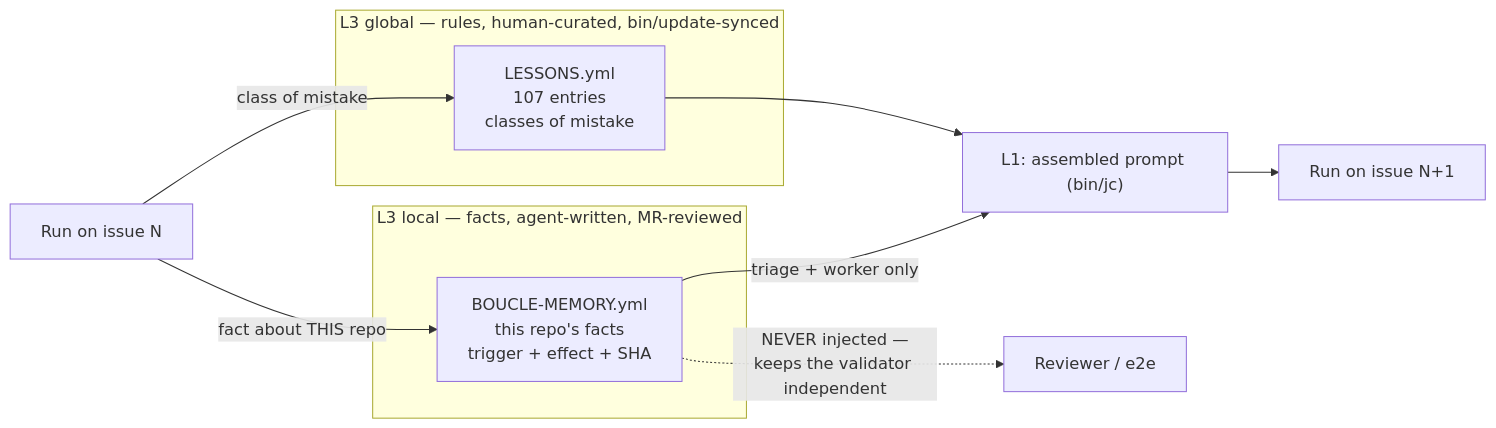
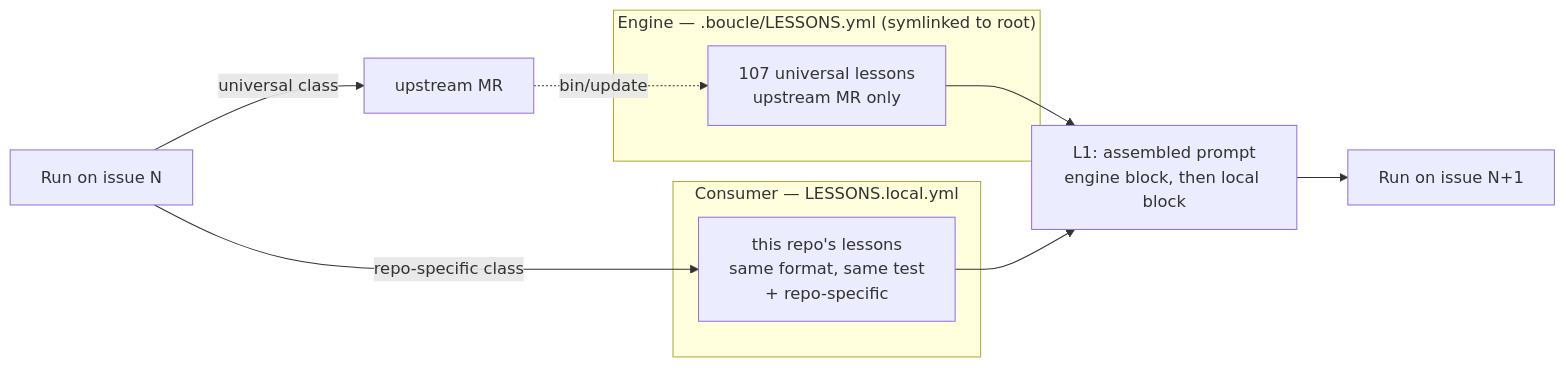
The diagram in docs/prime-agent-study.md (ankaboot-source/boucle), drawn with Mermaid before and after one commit. The commit also changed other lines of this file, not shown here.

First line of the commit message:
docs: replace the facts store with a consumer-scoped LESSONS.local.yml

````diff
--- a/docs/prime-agent-study.md
+++ b/docs/prime-agent-study.md
@@ -221,15 +209,15 @@
 ```mermaid
 flowchart LR
-    subgraph L3G["L3 global — rules, human-curated, bin/update-synced"]
-        L["LESSONS.yml<br/>107 entries<br/>classes of mistake"]
+    subgraph ENG["Engine — .boucle/LESSONS.yml (symlinked to root)"]
+        L["107 universal lessons<br/>upstream MR only"]
     end
-    subgraph L3L["L3 local — facts, agent-written, MR-reviewed"]
-        M["BOUCLE-MEMORY.yml<br/>this repo's facts<br/>trigger + effect + SHA"]
+    subgraph LOC["Consumer — LESSONS.local.yml"]
+        M["this repo's lessons<br/>same format, same test<br/>+ repo-specific"]
     end
-    R["Run on issue N"] -->|"class of mistake"| L
-    R -->|"fact about THIS repo"| M
-    L --> P["L1: assembled prompt (bin/jc)"]
-    M -->|"triage + worker only"| P
-    M -.->|"NEVER injected —<br/>keeps the validator independent"| RV["Reviewer / e2e"]
+    R["Run on issue N"] -->|"universal class"| U["upstream MR"]
+    R -->|"repo-specific class"| M
+    U -.->|"bin/update"| L
+    L --> P["L1: assembled prompt<br/>engine block, then local block"]
+    M --> P
     P --> R2["Run on issue N+1"]
 ```
````
